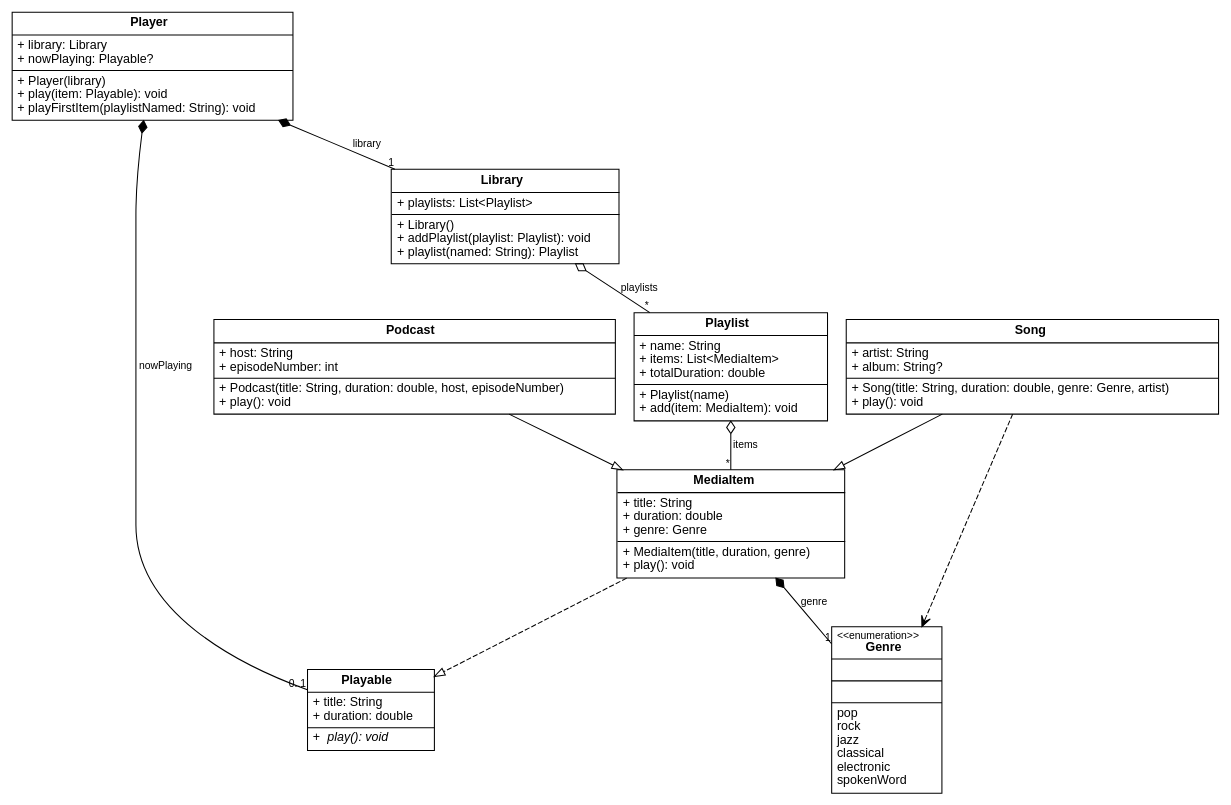
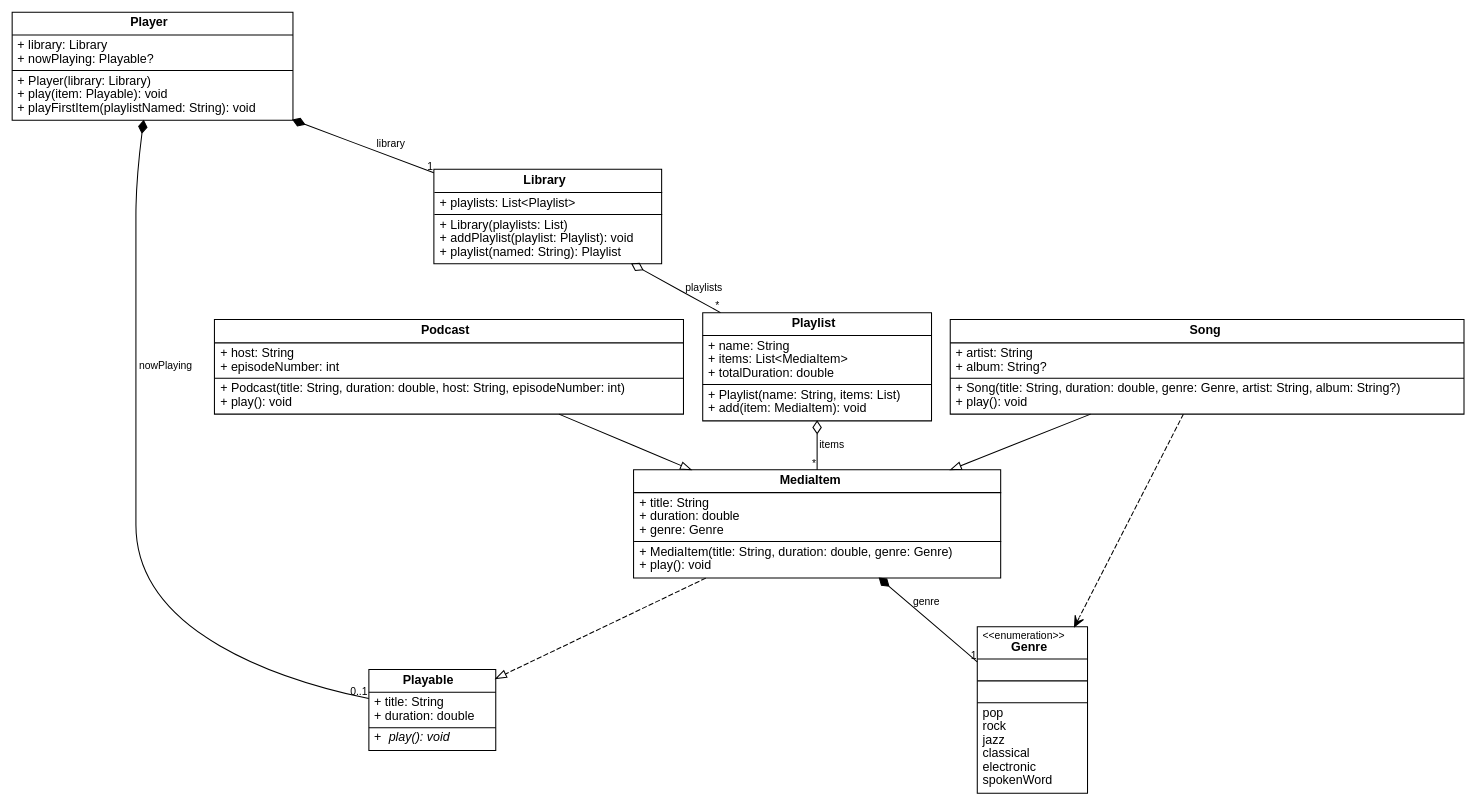
One commit to pauljohanneskraft/Acai changed the diagram in Examples/ClassDiagram/Exports/dart.dot. Above: the diagram before and after it, drawn with Graphviz. The commit also changed 495 other files, not shown here.

```diff
--- a/Examples/ClassDiagram/Exports/dart.dot
+++ b/Examples/ClassDiagram/Exports/dart.dot
@@ -1,25 +1,25 @@
 digraph Acai {
   rankdir=TB;
   compound=true;
   fontname="Helvetica";
   fontsize=12;
   node [shape=none margin=0 fontname="Helvetica" fontsize=12];
   edge [fontname="Helvetica" fontsize=10];
-  "Library" [label=<<TABLE BORDER="1" CELLBORDER="0" CELLSPACING="0" CELLPADDING="4"><TR><TD ALIGN="CENTER"><B>Library</B></TD></TR><HR/><TR><TD ALIGN="LEFT">+ playlists: List&lt;Playlist&gt;<BR ALIGN="LEFT"/></TD></TR><HR/><TR><TD ALIGN="LEFT">+ Library()<BR ALIGN="LEFT"/>+ addPlaylist(playlist: Playlist): void<BR ALIGN="LEFT"/>+ playlist(named: String): Playlist<BR ALIGN="LEFT"/></TD></TR></TABLE>>];
-  "MediaItem" [label=<<TABLE BORDER="1" CELLBORDER="0" CELLSPACING="0" CELLPADDING="4"><TR><TD ALIGN="CENTER"><B>MediaItem</B></TD></TR><HR/><TR><TD ALIGN="LEFT">+ title: String<BR ALIGN="LEFT"/>+ duration: double<BR ALIGN="LEFT"/>+ genre: Genre<BR ALIGN="LEFT"/></TD></TR><HR/><TR><TD ALIGN="LEFT">+ MediaItem(title, duration, genre)<BR ALIGN="LEFT"/>+ play(): void<BR ALIGN="LEFT"/></TD></TR></TABLE>>];
+  "Library" [label=<<TABLE BORDER="1" CELLBORDER="0" CELLSPACING="0" CELLPADDING="4"><TR><TD ALIGN="CENTER"><B>Library</B></TD></TR><HR/><TR><TD ALIGN="LEFT">+ playlists: List&lt;Playlist&gt;<BR ALIGN="LEFT"/></TD></TR><HR/><TR><TD ALIGN="LEFT">+ Library(playlists: List)<BR ALIGN="LEFT"/>+ addPlaylist(playlist: Playlist): void<BR ALIGN="LEFT"/>+ playlist(named: String): Playlist<BR ALIGN="LEFT"/></TD></TR></TABLE>>];
+  "MediaItem" [label=<<TABLE BORDER="1" CELLBORDER="0" CELLSPACING="0" CELLPADDING="4"><TR><TD ALIGN="CENTER"><B>MediaItem</B></TD></TR><HR/><TR><TD ALIGN="LEFT">+ title: String<BR ALIGN="LEFT"/>+ duration: double<BR ALIGN="LEFT"/>+ genre: Genre<BR ALIGN="LEFT"/></TD></TR><HR/><TR><TD ALIGN="LEFT">+ MediaItem(title: String, duration: double, genre: Genre)<BR ALIGN="LEFT"/>+ play(): void<BR ALIGN="LEFT"/></TD></TR></TABLE>>];
   "Playable" [label=<<TABLE BORDER="1" CELLBORDER="0" CELLSPACING="0" CELLPADDING="4"><TR><TD ALIGN="CENTER"><B>Playable</B></TD></TR><HR/><TR><TD ALIGN="LEFT">+ title: String<BR ALIGN="LEFT"/>+ duration: double<BR ALIGN="LEFT"/></TD></TR><HR/><TR><TD ALIGN="LEFT">+ <I>play(): void</I><BR ALIGN="LEFT"/></TD></TR></TABLE>>];
   "Genre" [label=<<TABLE BORDER="1" CELLBORDER="0" CELLSPACING="0" CELLPADDING="4"><TR><TD ALIGN="CENTER"><FONT POINT-SIZE="10">&lt;&lt;enumeration&gt;&gt;</FONT><BR/><B>Genre</B></TD></TR><HR/><TR><TD ALIGN="LEFT"> </TD></TR><HR/><TR><TD ALIGN="LEFT"> </TD></TR><HR/><TR><TD ALIGN="LEFT">pop<BR ALIGN="LEFT"/>rock<BR ALIGN="LEFT"/>jazz<BR ALIGN="LEFT"/>classical<BR ALIGN="LEFT"/>electronic<BR ALIGN="LEFT"/>spokenWord<BR ALIGN="LEFT"/></TD></TR></TABLE>>];
-  "Player" [label=<<TABLE BORDER="1" CELLBORDER="0" CELLSPACING="0" CELLPADDING="4"><TR><TD ALIGN="CENTER"><B>Player</B></TD></TR><HR/><TR><TD ALIGN="LEFT">+ library: Library<BR ALIGN="LEFT"/>+ nowPlaying: Playable?<BR ALIGN="LEFT"/></TD></TR><HR/><TR><TD ALIGN="LEFT">+ Player(library)<BR ALIGN="LEFT"/>+ play(item: Playable): void<BR ALIGN="LEFT"/>+ playFirstItem(playlistNamed: String): void<BR ALIGN="LEFT"/></TD></TR></TABLE>>];
-  "Playlist" [label=<<TABLE BORDER="1" CELLBORDER="0" CELLSPACING="0" CELLPADDING="4"><TR><TD ALIGN="CENTER"><B>Playlist</B></TD></TR><HR/><TR><TD ALIGN="LEFT">+ name: String<BR ALIGN="LEFT"/>+ items: List&lt;MediaItem&gt;<BR ALIGN="LEFT"/>+ totalDuration: double<BR ALIGN="LEFT"/></TD></TR><HR/><TR><TD ALIGN="LEFT">+ Playlist(name)<BR ALIGN="LEFT"/>+ add(item: MediaItem): void<BR ALIGN="LEFT"/></TD></TR></TABLE>>];
-  "Podcast" [label=<<TABLE BORDER="1" CELLBORDER="0" CELLSPACING="0" CELLPADDING="4"><TR><TD ALIGN="CENTER"><B>Podcast</B></TD></TR><HR/><TR><TD ALIGN="LEFT">+ host: String<BR ALIGN="LEFT"/>+ episodeNumber: int<BR ALIGN="LEFT"/></TD></TR><HR/><TR><TD ALIGN="LEFT">+ Podcast(title: String, duration: double, host, episodeNumber)<BR ALIGN="LEFT"/>+ play(): void<BR ALIGN="LEFT"/></TD></TR></TABLE>>];
-  "Song" [label=<<TABLE BORDER="1" CELLBORDER="0" CELLSPACING="0" CELLPADDING="4"><TR><TD ALIGN="CENTER"><B>Song</B></TD></TR><HR/><TR><TD ALIGN="LEFT">+ artist: String<BR ALIGN="LEFT"/>+ album: String?<BR ALIGN="LEFT"/></TD></TR><HR/><TR><TD ALIGN="LEFT">+ Song(title: String, duration: double, genre: Genre, artist)<BR ALIGN="LEFT"/>+ play(): void<BR ALIGN="LEFT"/></TD></TR></TABLE>>];
+  "Player" [label=<<TABLE BORDER="1" CELLBORDER="0" CELLSPACING="0" CELLPADDING="4"><TR><TD ALIGN="CENTER"><B>Player</B></TD></TR><HR/><TR><TD ALIGN="LEFT">+ library: Library<BR ALIGN="LEFT"/>+ nowPlaying: Playable?<BR ALIGN="LEFT"/></TD></TR><HR/><TR><TD ALIGN="LEFT">+ Player(library: Library)<BR ALIGN="LEFT"/>+ play(item: Playable): void<BR ALIGN="LEFT"/>+ playFirstItem(playlistNamed: String): void<BR ALIGN="LEFT"/></TD></TR></TABLE>>];
+  "Playlist" [label=<<TABLE BORDER="1" CELLBORDER="0" CELLSPACING="0" CELLPADDING="4"><TR><TD ALIGN="CENTER"><B>Playlist</B></TD></TR><HR/><TR><TD ALIGN="LEFT">+ name: String<BR ALIGN="LEFT"/>+ items: List&lt;MediaItem&gt;<BR ALIGN="LEFT"/>+ totalDuration: double<BR ALIGN="LEFT"/></TD></TR><HR/><TR><TD ALIGN="LEFT">+ Playlist(name: String, items: List)<BR ALIGN="LEFT"/>+ add(item: MediaItem): void<BR ALIGN="LEFT"/></TD></TR></TABLE>>];
+  "Podcast" [label=<<TABLE BORDER="1" CELLBORDER="0" CELLSPACING="0" CELLPADDING="4"><TR><TD ALIGN="CENTER"><B>Podcast</B></TD></TR><HR/><TR><TD ALIGN="LEFT">+ host: String<BR ALIGN="LEFT"/>+ episodeNumber: int<BR ALIGN="LEFT"/></TD></TR><HR/><TR><TD ALIGN="LEFT">+ Podcast(title: String, duration: double, host: String, episodeNumber: int)<BR ALIGN="LEFT"/>+ play(): void<BR ALIGN="LEFT"/></TD></TR></TABLE>>];
+  "Song" [label=<<TABLE BORDER="1" CELLBORDER="0" CELLSPACING="0" CELLPADDING="4"><TR><TD ALIGN="CENTER"><B>Song</B></TD></TR><HR/><TR><TD ALIGN="LEFT">+ artist: String<BR ALIGN="LEFT"/>+ album: String?<BR ALIGN="LEFT"/></TD></TR><HR/><TR><TD ALIGN="LEFT">+ Song(title: String, duration: double, genre: Genre, artist: String, album: String?)<BR ALIGN="LEFT"/>+ play(): void<BR ALIGN="LEFT"/></TD></TR></TABLE>>];
   "MediaItem" -> "Playable" [arrowhead=empty style=dashed];
   "Podcast" -> "MediaItem" [arrowhead=empty style=solid];
   "Song" -> "MediaItem" [arrowhead=empty style=solid];
   "Library" -> "Playlist" [dir=back arrowtail=odiamond label="playlists" headlabel="*"];
   "MediaItem" -> "Genre" [dir=back arrowtail=diamond label="genre" headlabel="1"];
   "Player" -> "Library" [dir=back arrowtail=diamond label="library" headlabel="1"];
   "Player" -> "Playable" [dir=back arrowtail=diamond label="nowPlaying" headlabel="0..1"];
   "Playlist" -> "MediaItem" [dir=back arrowtail=odiamond label="items" headlabel="*"];
   "Song" -> "Genre" [arrowhead=vee style=dashed];
 }
```
